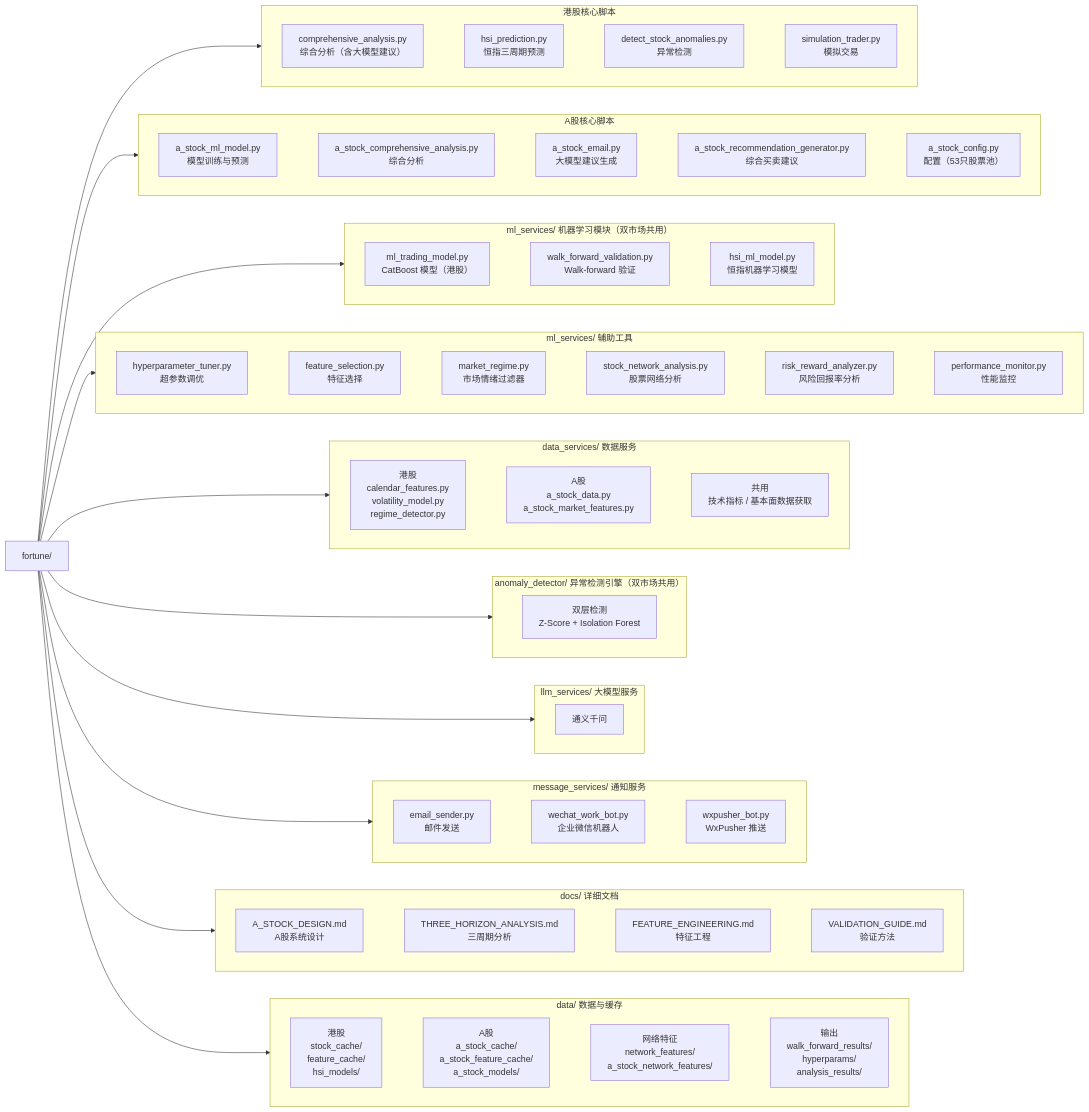
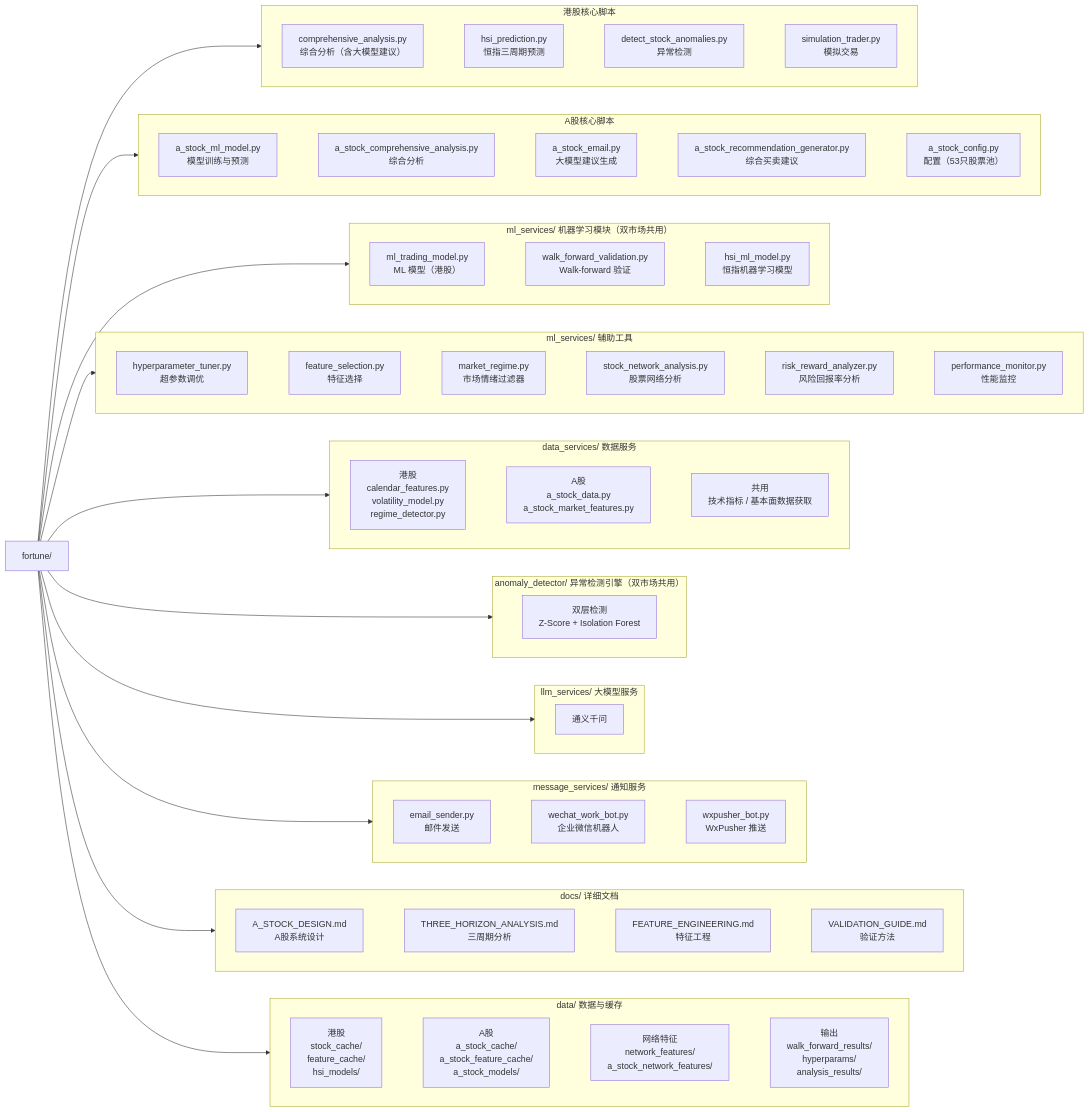
The third of 3 diagrams in README.md (wonglaitung/fortune), drawn with Mermaid before and after one commit. The commit also changed other lines of this file and 3 other files, not shown here.

Commit message:
fix(docs): 港股20d实跑=LightGBM事实修正(算法行/标题/流程图7处)+lessons pkl标签坑

```diff
--- a/README.md
+++ b/README.md
@@ -689,7 +689,7 @@
     ROOT --> ML
     subgraph ML["ml_services/ 机器学习模块（双市场共用）"]
         direction LR
-        M1["ml_trading_model.py<br/>CatBoost 模型（港股）"]
+        M1["ml_trading_model.py<br/>ML 模型（港股）"]
         M2["walk_forward_validation.py<br/>Walk-forward 验证"]
         M3["hsi_ml_model.py<br/>恒指机器学习模型"]
         M1 ~~~ M2 ~~~ M3
```
